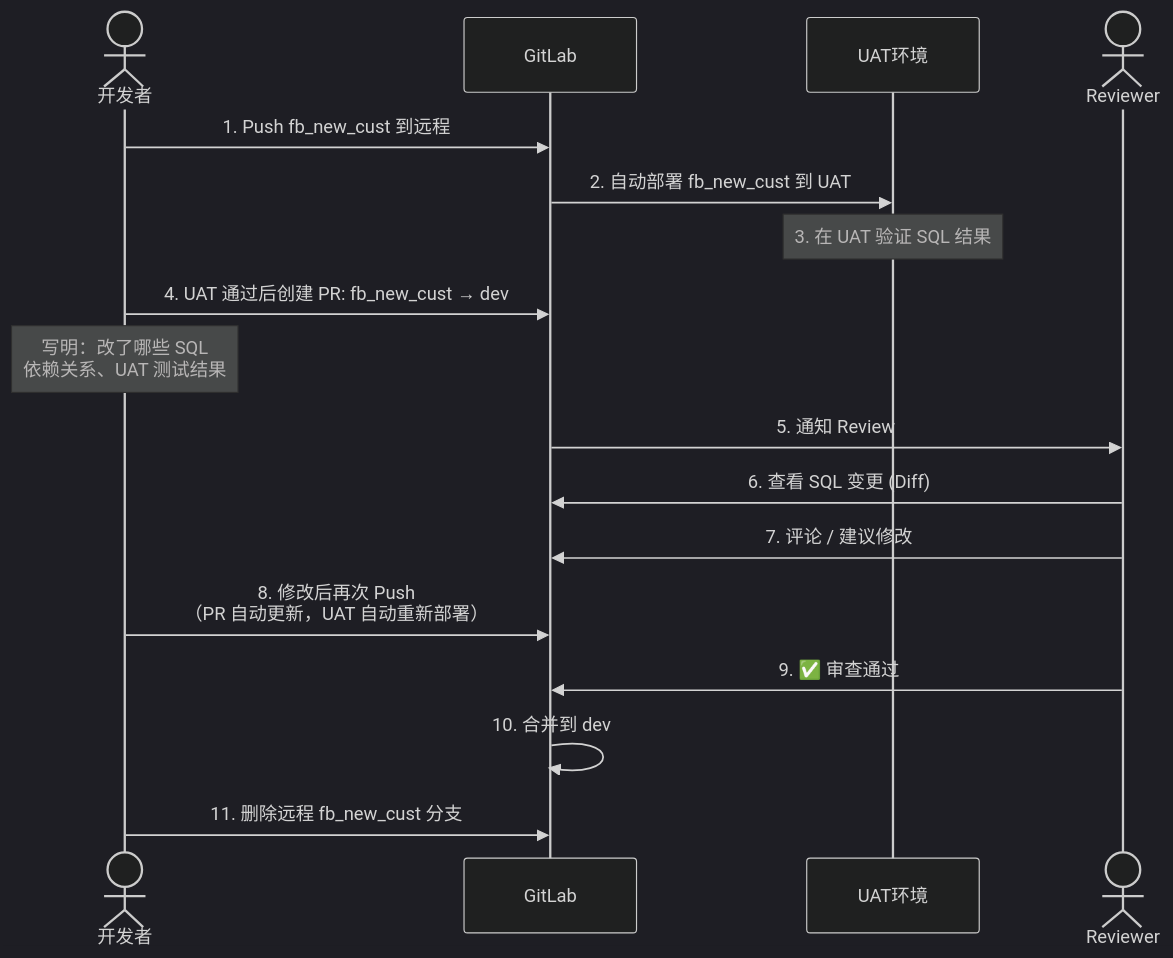
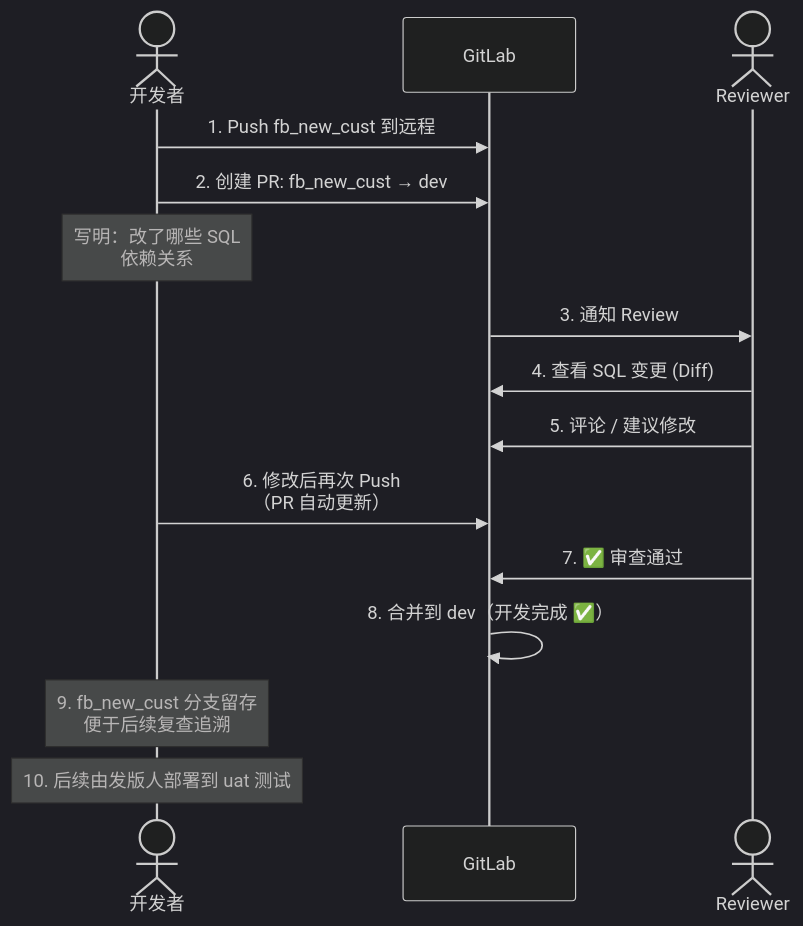
One commit to livebug/vpblogs changed the eighth of 19 diagrams in docs/learn/VSCodeEx/2026-07-11-vscode-git-guide.md. Above: the diagram before and after it, drawn with Mermaid (dark theme). The commit also changed other lines of this file and 6 other files, not shown here.

First line of the commit message:
feat: ETL Git 操作手册 + Mermaid 图表渲染 + 页面美化

````diff
--- a/docs/learn/VSCodeEx/2026-07-11-vscode-git-guide.md
+++ b/docs/learn/VSCodeEx/2026-07-11-vscode-git-guide.md
@@ -335,20 +353,18 @@
 ```mermaid
 sequenceDiagram
     actor 你 as 开发者
     participant GL as GitLab
-    participant UAT as UAT环境
     actor 同事 as Reviewer
 
     你->>GL: 1. Push fb_new_cust 到远程
-    GL->>UAT: 2. 自动部署 fb_new_cust 到 UAT
-    Note over UAT: 3. 在 UAT 验证 SQL 结果
-    你->>GL: 4. UAT 通过后创建 PR: fb_new_cust → dev
-    Note over 你: 写明：改了哪些 SQL<br/>依赖关系、UAT 测试结果
-    GL->>同事: 5. 通知 Review
-    同事->>GL: 6. 查看 SQL 变更 (Diff)
-    同事->>GL: 7. 评论 / 建议修改
-    你->>GL: 8. 修改后再次 Push<br/>（PR 自动更新，UAT 自动重新部署）
-    同事->>GL: 9. ✅ 审查通过
-    GL->>GL: 10. 合并到 dev
-    你->>GL: 11. 删除远程 fb_new_cust 分支
+    你->>GL: 2. 创建 PR: fb_new_cust → dev
+    Note over 你: 写明：改了哪些 SQL<br/>依赖关系
+    GL->>同事: 3. 通知 Review
+    同事->>GL: 4. 查看 SQL 变更 (Diff)
+    同事->>GL: 5. 评论 / 建议修改
+    你->>GL: 6. 修改后再次 Push<br/>（PR 自动更新）
+    同事->>GL: 7. ✅ 审查通过
+    GL->>GL: 8. 合并到 dev（开发完成 ✅）
+    Note over 你: 9. fb_new_cust 分支留存<br/>便于后续复查追溯
+    Note over 你: 10. 后续由发版人部署到 uat 测试
 ```
````
